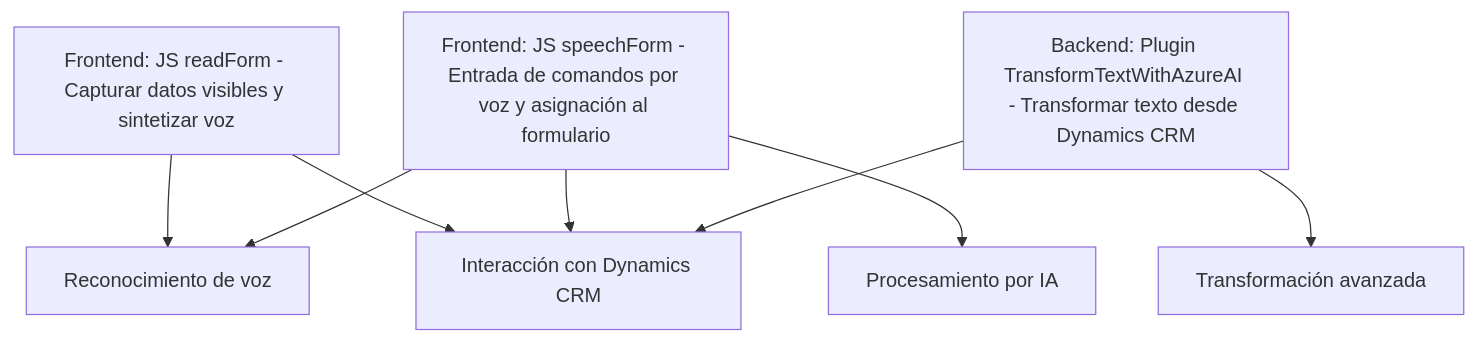
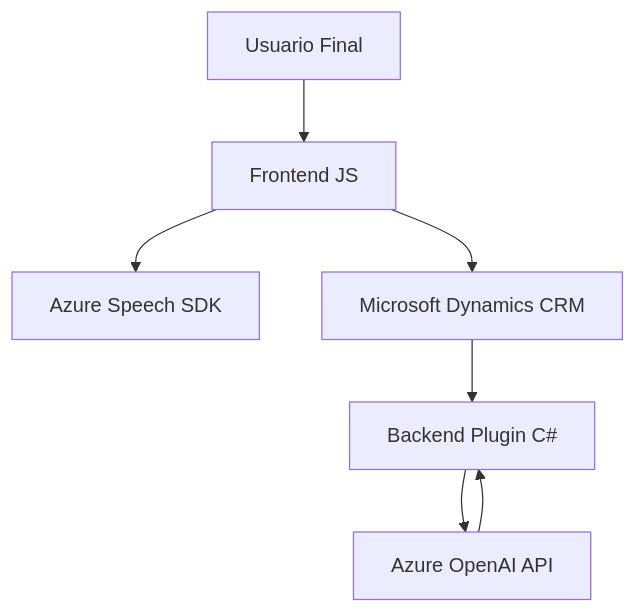
Before and after one commit to blopezdm/NETCORE_BILBAO2025: the diagram in README.md, drawn with Mermaid. The commit also changed other lines of this file, not shown here.

Commit message:
Actualizar análisis global de la solución con IA

````diff
--- a/README.md
+++ b/README.md
@@ -44,18 +40,16 @@
 ```mermaid
 graph TD
-  A["Frontend: JS readForm - Capturar datos visibles y sintetizar voz"]
-  B["Frontend: JS speechForm - Entrada de comandos por voz y asignación al formulario"]
-  C["Backend: Plugin TransformTextWithAzureAI - Transformar texto desde Dynamics CRM"]
-  D["Azure Speech SDK"]
-  E["Azure Custom API de IA"]
-  F["Azure OpenAI Service"]
-  G["Dynamics CRM Form Context API"]
+    A["Frontend JS"]
+    B["Azure Speech SDK"]
+    C["Backend Plugin C#"]
+    D["Microsoft Dynamics CRM"]
+    E["Azure OpenAI API"]
+    F["Usuario Final"]
 
-  A --> D["SDK de síntesis de voz"]
-  B --> D["Reconocimiento de voz"]
-  B --> E["Procesamiento por IA"]
-  C --> F["Transformación avanzada"]
-  A --> G["Extraer datos del formulario"]
-  B --> G["Asignar valores al formulario"]
-  C --> G["Interacción con Dynamics CRM"]
+    F --> A
+    A --> B
+    A --> D
+    D --> C
+    C --> E
+    E --> C
 ```
````
